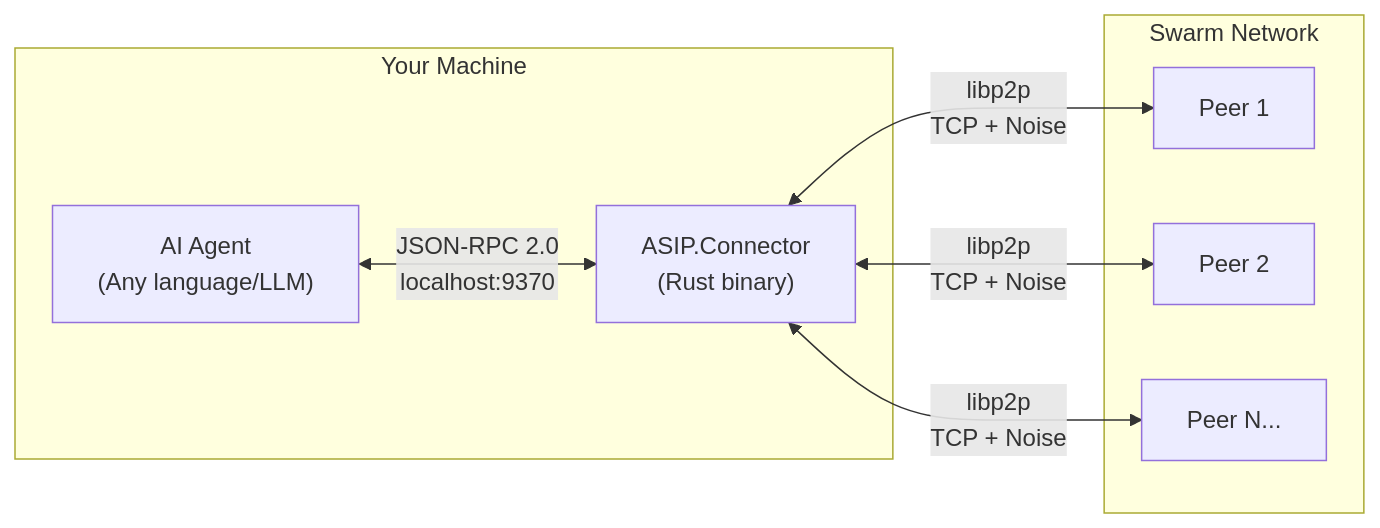
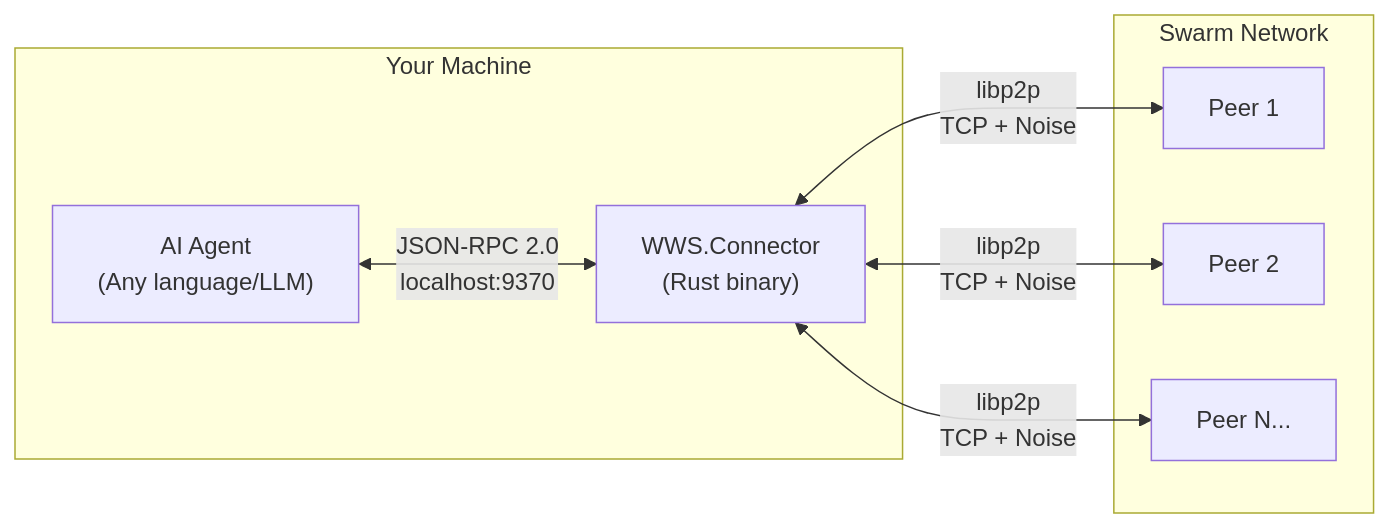
The first of 2 diagrams in docs/Connector-Guide.md (Good-karma-lab/Agent-Swarm-Communication-Protocol), drawn with Mermaid before and after one commit. The commit also changed other lines of this file and 41 other files, not shown here.

````diff
--- a/docs/Connector-Guide.md
+++ b/docs/Connector-Guide.md
@@ -11,18 +11,18 @@
 ```mermaid
 graph LR
     subgraph "Your Machine"
         Agent["AI Agent<br/>(Any language/LLM)"]
-        Conn["ASIP.Connector<br/>(Rust binary)"]
+        Conn["WWS.Connector<br/>(Rust binary)"]
     end
 
     subgraph "Swarm Network"
         P1["Peer 1"]
         P2["Peer 2"]
         P3["Peer N..."]
     end
 
     Agent <-->|"JSON-RPC 2.0<br/>localhost:9370"| Conn
     Conn <-->|"libp2p<br/>TCP + Noise"| P1
     Conn <-->|"libp2p<br/>TCP + Noise"| P2
     Conn <-->|"libp2p<br/>TCP + Noise"| P3
 ```
````
